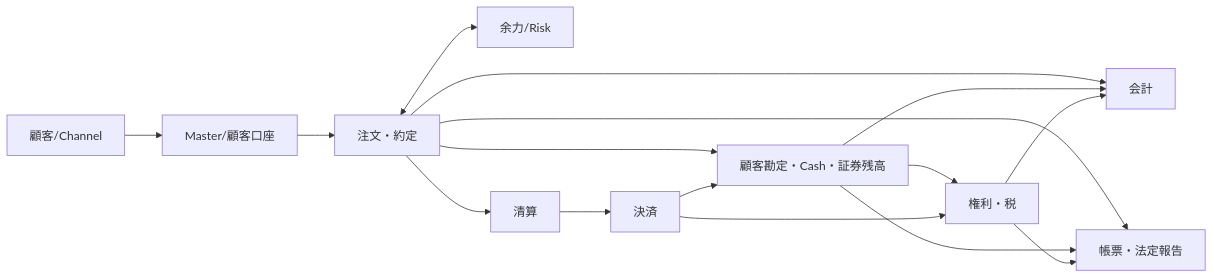
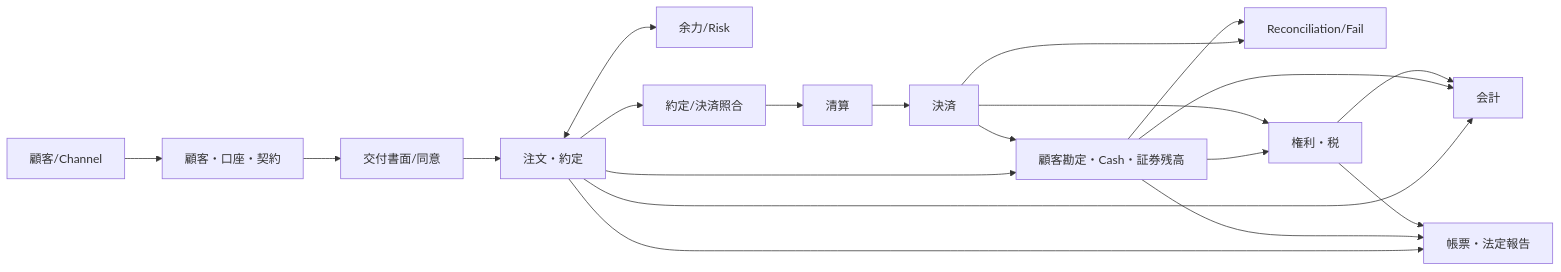
One commit to skyTreeCN/jp-securitie-skills changed the second of 3 diagrams in docs/01-architecture/SYSTEM_LANDSCAPE.md. Above: the diagram before and after it, drawn with Mermaid. The commit also changed other lines of this file, not shown here.

````diff
--- a/docs/01-architecture/SYSTEM_LANDSCAPE.md
+++ b/docs/01-architecture/SYSTEM_LANDSCAPE.md
@@ -85,26 +88,31 @@
 ```mermaid
 flowchart LR
   C[顧客/Channel]
-  M[Master/顧客口座]
+  M[顧客・口座・契約]
+  D[交付書面/同意]
   O[注文・約定]
   R[余力/Risk]
   L[顧客勘定・Cash・証券残高]
+  MT[約定/決済照合]
   CL[清算]
   ST[決済]
+  RC[Reconciliation/Fail]
   CT[権利・税]
   AC[会計]
   RP[帳票・法定報告]
 
-  C --> M --> O
+  C --> M --> D --> O
   O <--> R
   O --> L
-  O --> CL --> ST --> L
+  O --> MT --> CL --> ST --> L
+  ST --> RC
+  L --> RC
   L --> CT
   ST --> CT
   O --> AC
   L --> AC
   CT --> AC
   O --> RP
   L --> RP
   CT --> RP
 ```
````
